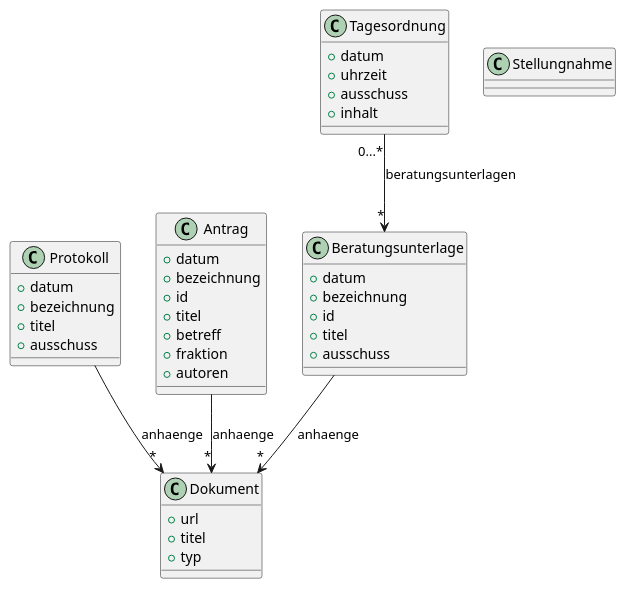
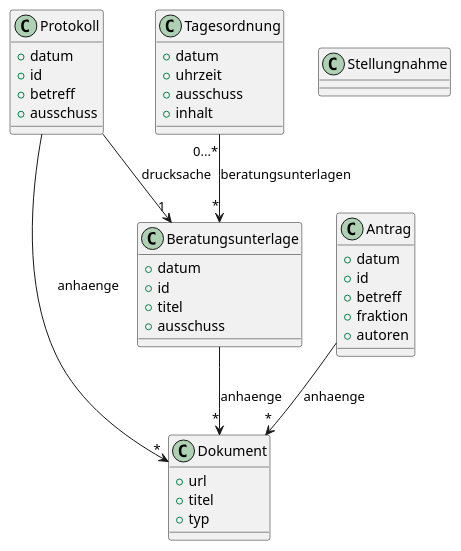
Before and after one commit to akramer-zibra/einblick-stuttgart: the diagram in doc/plantuml/datenmodell.puml, drawn with PlantUML.

Commit message:
Ergänt Datenmodell um weitere Beispieldaten

```diff
--- a/doc/plantuml/datenmodell.puml
+++ b/doc/plantuml/datenmodell.puml
@@ -1,89 +1,109 @@
 @startuml Datenressourcen
 
 /'
 Beispiel
-  Datum: 
-  Bezeichnung:  Drucksache 975/2019
+  Datum:        27.09.2019
   Id:           GRDrs 975/2019
-  Titel:
-  Ausschuss:
+  Titel:        Weltklima in Not -Stuttgart handeltAktionsprogramm Klimaschutz 
+                -Verwendung des Klimaschutzfonds
+  Ausschuss:    Ausschuss für Klima und Umwelt
+
+Zusammengesetzte Werte
+    Bezeichnung:    Drucksache 975/2019
+    Suchergebnis:   Weltklima in Not - Stuttgart handelt Aktionsprogramm Klimaschutz - Verwendung des Klimaschutzfonds
+                    Ausschuss für Klima und Umwelt 
 '/
 class Beratungsunterlage {
     +datum
-    +bezeichnung
     +id
     +titel
     +ausschuss
 }
 Beratungsunterlage --> "*" Dokument : anhaenge
 
 /'
 Beispiel
-  Datum: 
-  Bezeichnung:
-  Titel:
-  Ausschuss:
+  Datum:        24.07.2019
+  Identifier:   414
+  Betreff:      Aufstellung Jahresabschluss 2018
+  Ausschuss:    Verwaltungsausschussdes Gemeinderats der Landeshauptstadt Stuttgart
+
+Zusammengesetzte Werte
+    Bezeichnung:    Top 1a - NsNr 414
+    Titel:          Aufstellung Jahresabschluss 2018
+                    Verwaltungsausschuss 
 '/
 class Protokoll {
     +datum
-    +bezeichnung
-    +titel
+    +id
+    +betreff
     +ausschuss
 }
 Protokoll --> "*" Dokument : anhaenge
+Protokoll --> "1" Beratungsunterlage : drucksache
 
 /'
 Beispiel 
-  Datum: 
-  Bezeichnung:
+  Datum:        24.10.2019
   Id:           1191/2019
-  Titel: 
-  Betreff:
-  Fraktion:
-  Autoren:
+  Betreff:      Aktionsprogramm Klimaschutz
+                Wenn´s den Baum dürstet – gießen 
+  Fraktion:     Bündnis 90/DIE GRÜNEN-Gemeinderatsfraktion
+  Autoren:      Gabriele Nuber-Schöllhammer Andreas Winter
+
+Zusammengesetzte Werte...
+  Bezeichnung:  AntragsNr. 1191/2019
+  Titel:        Aktionsprogramm Klimaschutz Wenn´s den Baum dürstet – gießen
+                Bündnis 90/DIE GRÜNEN-Gemeinderatsfraktion 
 '/
 class Antrag {
     +datum
-    +bezeichnung
     +id
-    +titel
     +betreff
     +fraktion
     +autoren
 }
 Antrag --> "*" Dokument : anhaenge
 
+'Stellungnahme ist noch nicht analysiert
 class Stellungnahme {
 }
-'Stellungnahme ist noch nicht analysiert
 
 /'
 Beispiel
-  Datum: 
-  Uhrzeit:
-  Ausschuss:
-  Inhalt: 
+  Datum:        18.10.2019
+  Uhrzeit:      08:30
+  Ausschuss:    Ausschuss für Klima und Umwelt
+  Inhalt:       ... 
+                1 Weltklima in Not - Stuttgart handelt
+                Aktionsprogramm Klimaschutz - Verwendung des Klimaschutzfonds
+                - Beratung -
+                Beratungsunterlagen
+
+                2 Schnell, deutliche Schritte beim Klimawandel: Was tut Stuttgart bisher?
+                Antrag 274/2019 vom 17.09.2019 der SPD-Gemeinderatsfraktion
+                - mündlicher Bericht -
 
 Tagesordnung besteht aus Text mit Links
 '/
 class Tagesordnung {
     +datum
     +uhrzeit
     +ausschuss
     +inhalt
 }
 Tagesordnung "0...*" --> "*" Beratungsunterlage : beratungsunterlagen
 
 /'
 Beispiel
     url: 
     titel:
     typ: application/pdf, text/plain
 '/
 class Dokument {
     +url
     +titel
     +typ      
 }
 
 @enduml
```
